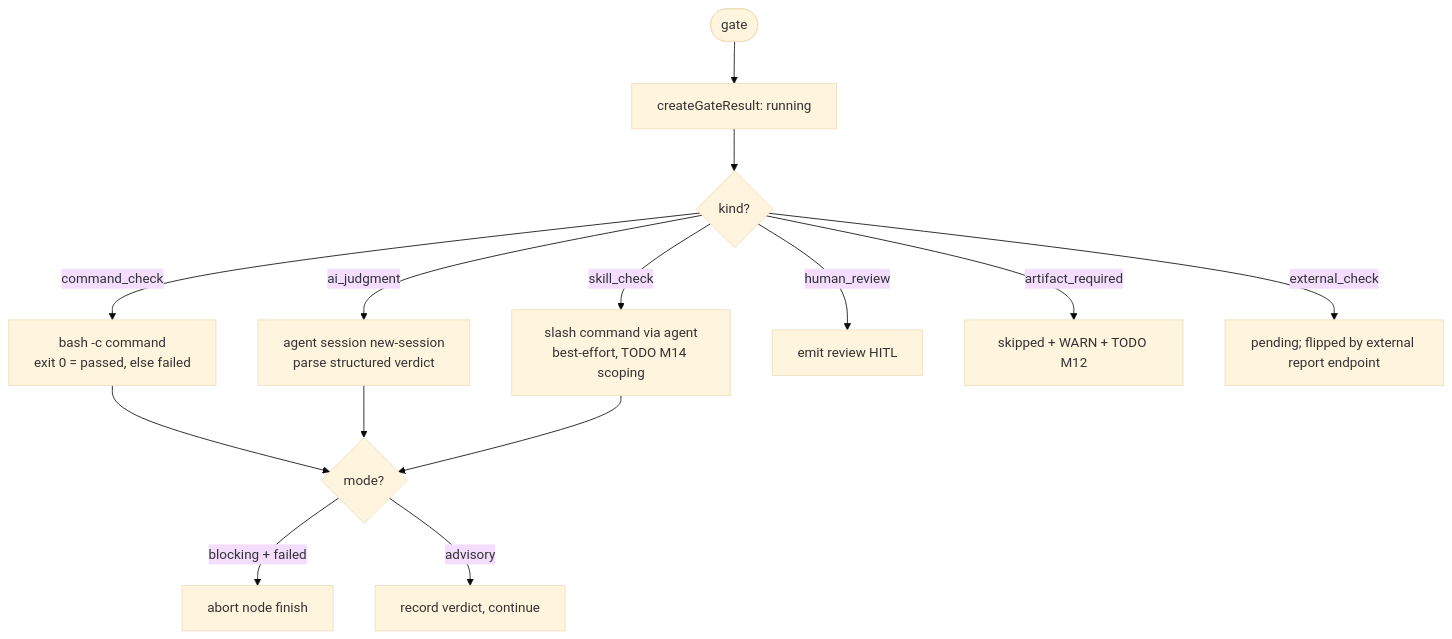
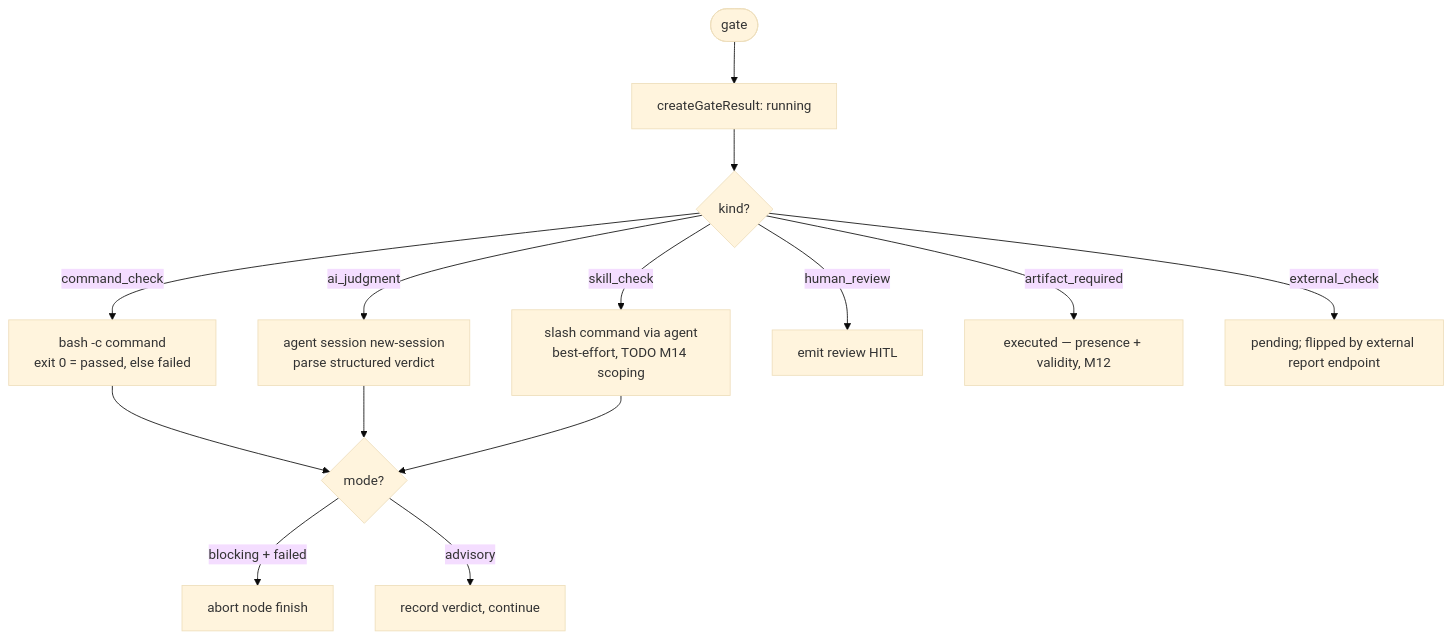
One commit to maister-dev/maister changed the seventh of 8 diagrams in docs/system-analytics/flow-graph.md. Above: the diagram before and after it, drawn with Mermaid (base theme). The commit also changed other lines of this file and 25 other files, not shown here.

````diff
--- a/docs/system-analytics/flow-graph.md
+++ b/docs/system-analytics/flow-graph.md
@@ -483,16 +483,16 @@
 ```mermaid
 flowchart TD
     G([gate]) --> Row[createGateResult: running]
     Row --> K{kind?}
     K -- command_check --> CC[bash -c command<br/>exit 0 = passed, else failed]
     K -- ai_judgment --> AI[agent session new-session<br/>parse structured verdict]
     K -- skill_check --> SK[slash command via agent<br/>best-effort, TODO M14 scoping]
     K -- human_review --> HR[emit review HITL]
-    K -- artifact_required --> AR[skipped + WARN + TODO M12]
+    K -- artifact_required --> AR[executed — presence + validity, M12]
     K -- external_check --> EC[pending; flipped by external report endpoint]
     CC --> Mode{mode?}
     AI --> Mode
     SK --> Mode
     Mode -- blocking + failed --> Abort[abort node finish]
     Mode -- advisory --> Cont[record verdict, continue]
 ```
````
